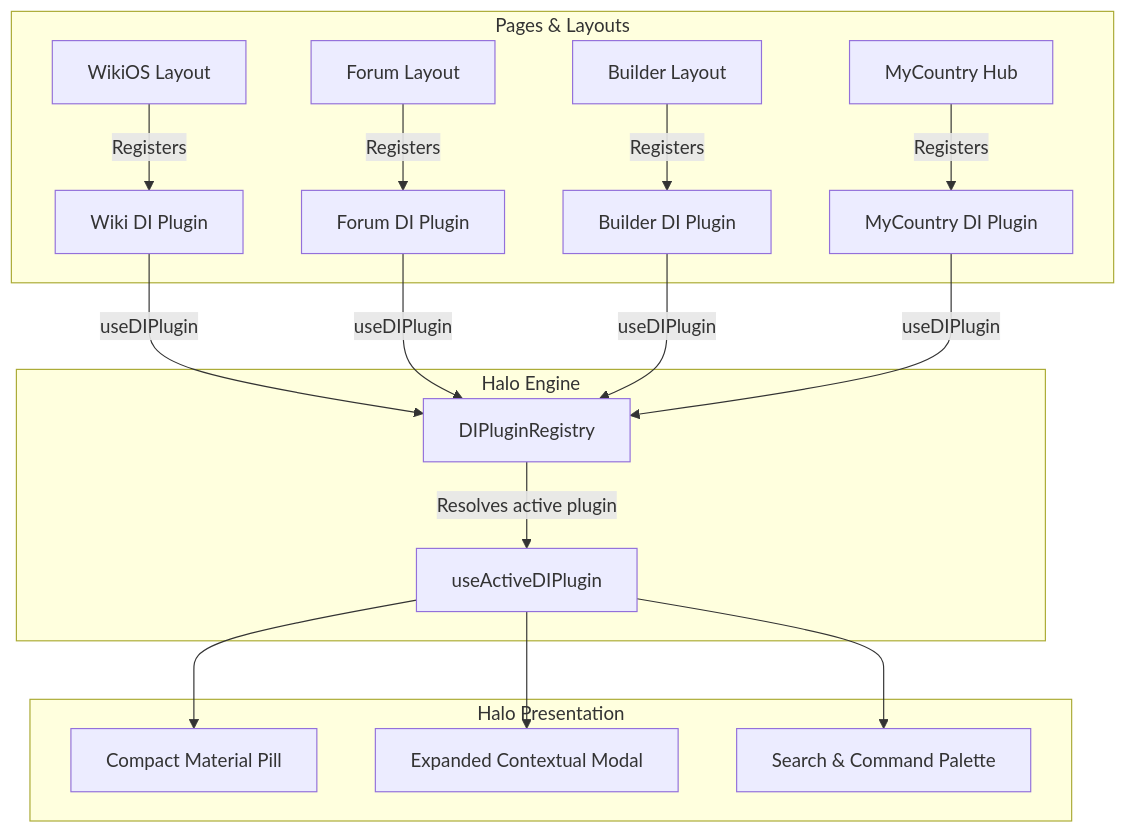
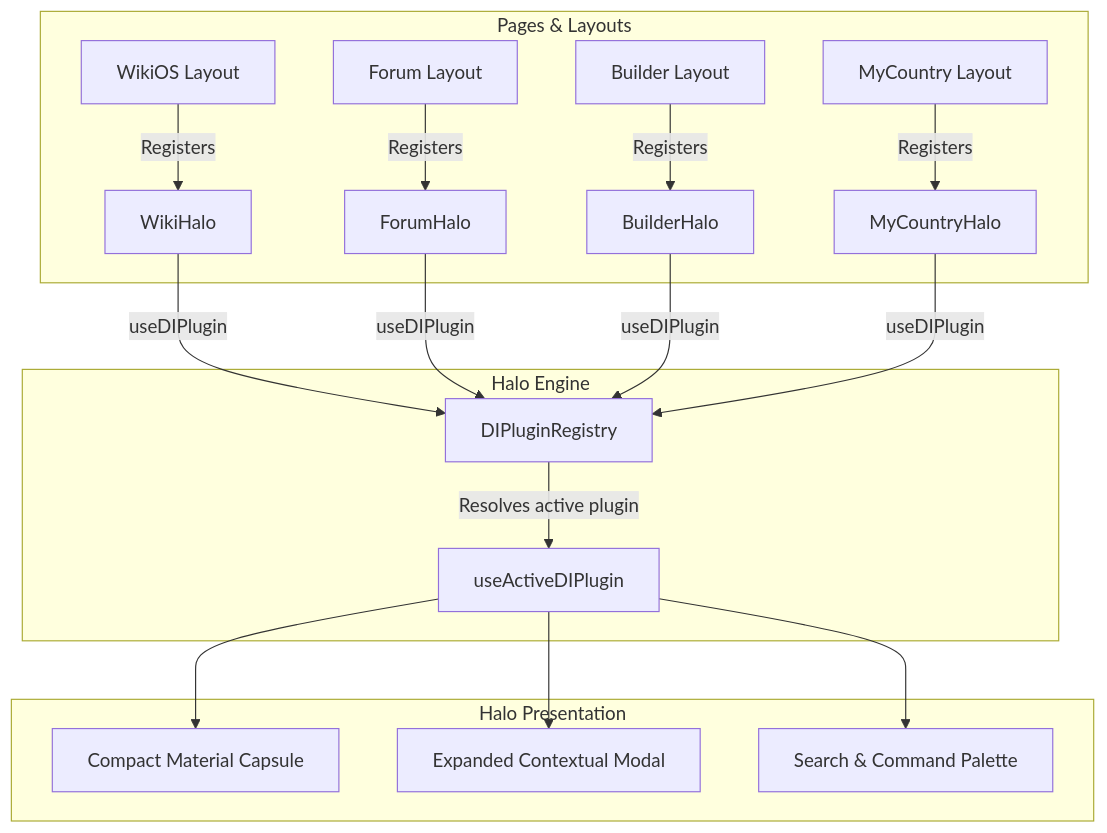
Before and after one commit to algolds/ixstats: the diagram in docs/systems/halo.md, drawn with Mermaid. The commit also changed other lines of this file and 54 other files, not shown here.

````diff
--- a/docs/systems/halo.md
+++ b/docs/systems/halo.md
@@ -111,20 +153,20 @@
 ```mermaid
 graph TD
     subgraph Pages & Layouts
-        Wiki[WikiOS Layout] -- Registers --> PluginW[Wiki DI Plugin]
-        Forum[Forum Layout] -- Registers --> PluginF[Forum DI Plugin]
-        Builder[Builder Layout] -- Registers --> PluginB[Builder DI Plugin]
-        Country[MyCountry Hub] -- Registers --> PluginC[MyCountry DI Plugin]
+        Wiki[WikiOS Layout] -- Registers --> PluginW[WikiHalo]
+        Forum[Forum Layout] -- Registers --> PluginF[ForumHalo]
+        Builder[Builder Layout] -- Registers --> PluginB[BuilderHalo]
+        Country[MyCountry Layout] -- Registers --> PluginC[MyCountryHalo]
     end
 
     subgraph Halo Engine
         PluginW & PluginF & PluginB & PluginC -- useDIPlugin --> Registry[DIPluginRegistry]
         Registry -- Resolves active plugin --> Hook[useActiveDIPlugin]
     end
 
     subgraph Halo Presentation
-        Hook --> CompactPill[Compact Material Pill]
+        Hook --> CompactPill[Compact Material Capsule]
         Hook --> ExpandedModal[Expanded Contextual Modal]
         Hook --> SearchView[Search & Command Palette]
     end
 ```
````
